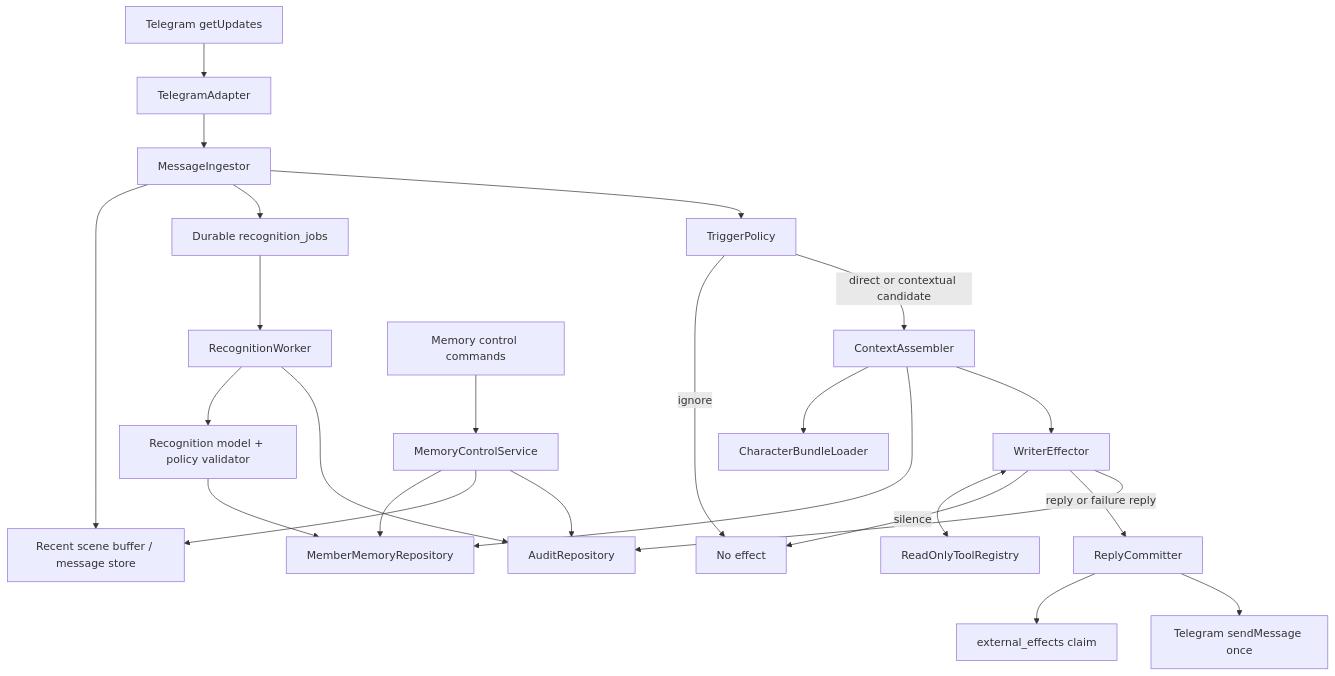
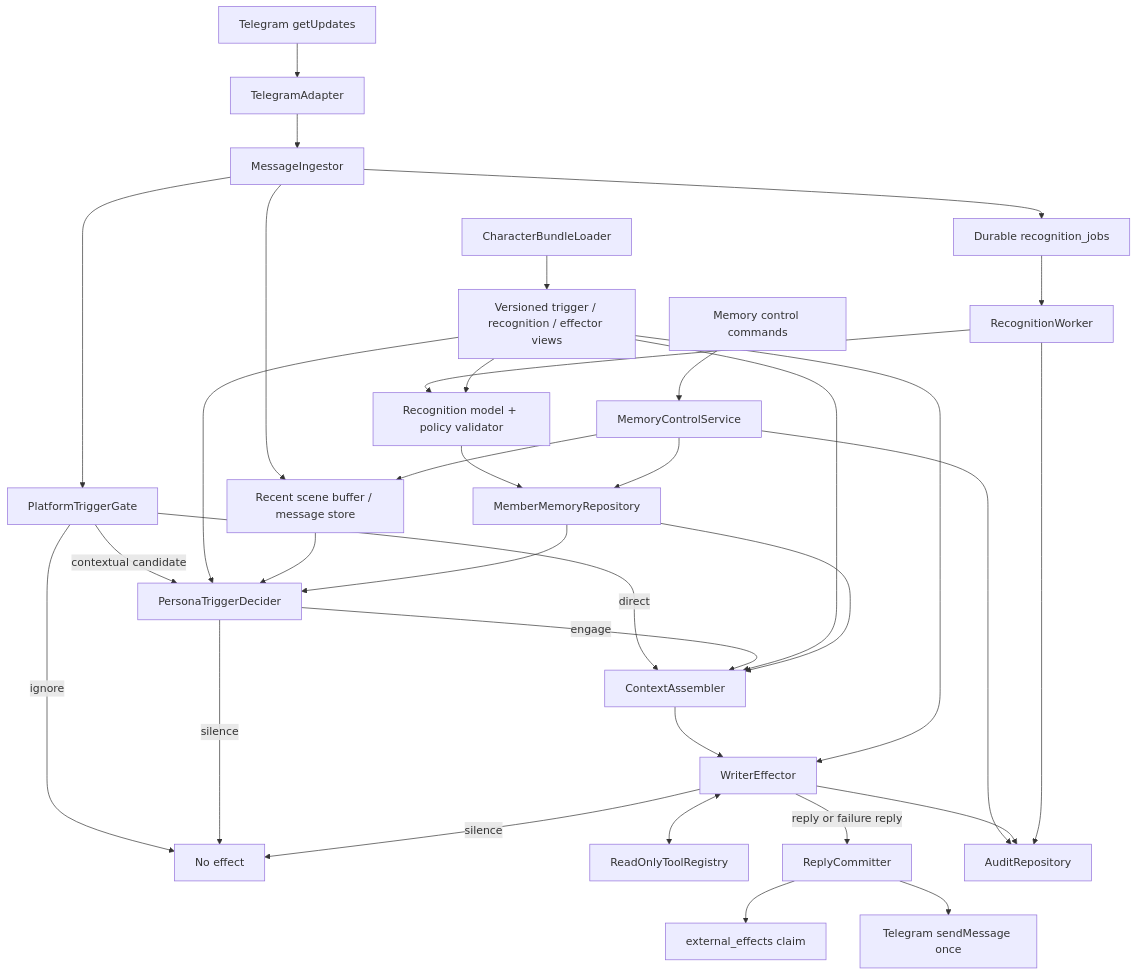
One commit to zhanghao1903/chat-bot changed the first of 2 diagrams in docs/feature/maomao-persona-chat/design.md. Above: the diagram before and after it, drawn with Mermaid. The commit also changed other lines of this file, not shown here.

Commit message:
docs: make persona bundle drive runtime roles

````diff
--- a/docs/feature/maomao-persona-chat/design.md
+++ b/docs/feature/maomao-persona-chat/design.md
@@ -56,27 +62,36 @@
 ```mermaid
 flowchart TD
     TG["Telegram getUpdates"] --> AD["TelegramAdapter"]
     AD --> IN["MessageIngestor"]
     IN --> CTX["Recent scene buffer / message store"]
     IN --> TQ["Durable recognition_jobs"]
-    IN --> TR["TriggerPolicy"]
-    TR -->|ignore| STOP["No effect"]
-    TR -->|direct or contextual candidate| CA["ContextAssembler"]
-    CA --> CB["CharacterBundleLoader"]
-    CA --> MM["MemberMemoryRepository"]
+    IN --> HG["PlatformTriggerGate"]
+    HG -->|ignore| STOP["No effect"]
+    HG -->|direct| CA["ContextAssembler"]
+    HG -->|contextual candidate| PT["PersonaTriggerDecider"]
+    CB["CharacterBundleLoader"] --> CV["Versioned trigger / recognition / effector views"]
+    CV --> PT
+    CTX --> PT
+    MM["MemberMemoryRepository"] --> PT
+    PT -->|silence| STOP
+    PT -->|engage| CA
+    CV --> CA
+    MM --> CA
     CA --> EF["WriterEffector"]
+    CV --> EF
     EF <--> TOOLS["ReadOnlyToolRegistry"]
     EF -->|silence| STOP
     EF -->|reply or failure reply| RC["ReplyCommitter"]
     RC --> DL["external_effects claim"]
     RC --> SEND["Telegram sendMessage once"]
     TQ --> RW["RecognitionWorker"]
     RW --> RM["Recognition model + policy validator"]
+    CV --> RM
     RM --> MM
     ADMIN["Memory control commands"] --> MC["MemoryControlService"]
     MC --> MM
     MC --> CTX
     MC --> AUDIT["AuditRepository"]
     EF --> AUDIT
     RW --> AUDIT
 ```
````
